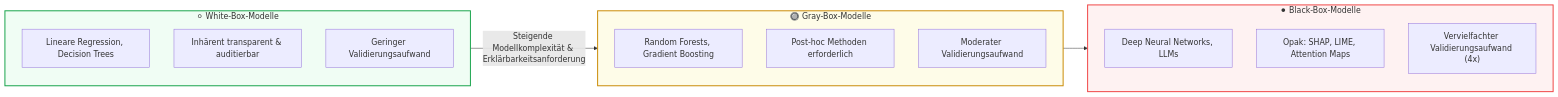
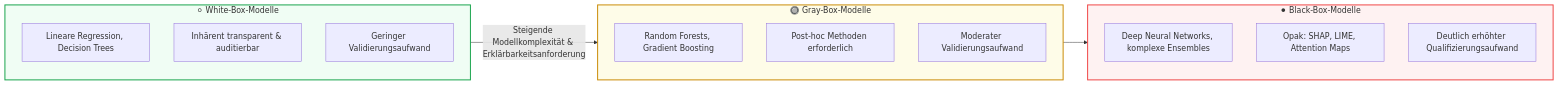
Before and after one commit to Lunaman06/Annex22: the diagram in docs/de/module_09_explainability_transparency.md, drawn with Mermaid. The commit also changed other lines of this file and 4 other files, not shown here.

````diff
--- a/docs/de/module_09_explainability_transparency.md
+++ b/docs/de/module_09_explainability_transparency.md
@@ -22,30 +22,30 @@
 ```mermaid
 graph LR
     subgraph WhiteBox["⚪ White-Box-Modelle"]
         direction TB
         W1["Lineare Regression, Decision Trees"]
         W2["Inhärent transparent & auditierbar"]
         W3["Geringer Validierungsaufwand"]
     end
 
     subgraph GrayBox["🔘 Gray-Box-Modelle"]
         direction TB
         G1["Random Forests, Gradient Boosting"]
         G2["Post-hoc Methoden erforderlich"]
         G3["Moderater Validierungsaufwand"]
     end
 
     subgraph BlackBox["⚫ Black-Box-Modelle"]
         direction TB
-        B1["Deep Neural Networks, LLMs"]
+        B1["Deep Neural Networks, komplexe Ensembles"]
         B2["Opak: SHAP, LIME, Attention Maps"]
-        B3["Vervielfachter Validierungsaufwand (4x)"]
+        B3["Deutlich erhöhter Qualifizierungsaufwand"]
     end
 
     WhiteBox -->|Steigende Modellkomplexität & Erklärbarkeitsanforderung| GrayBox
     GrayBox --> BlackBox
 
     style WhiteBox fill:#f0fdf4,stroke:#16a34a,stroke-width:2px
     style GrayBox fill:#fefce8,stroke:#ca8a04,stroke-width:2px
     style BlackBox fill:#fef2f2,stroke:#ef4444,stroke-width:2px
 ```
````
